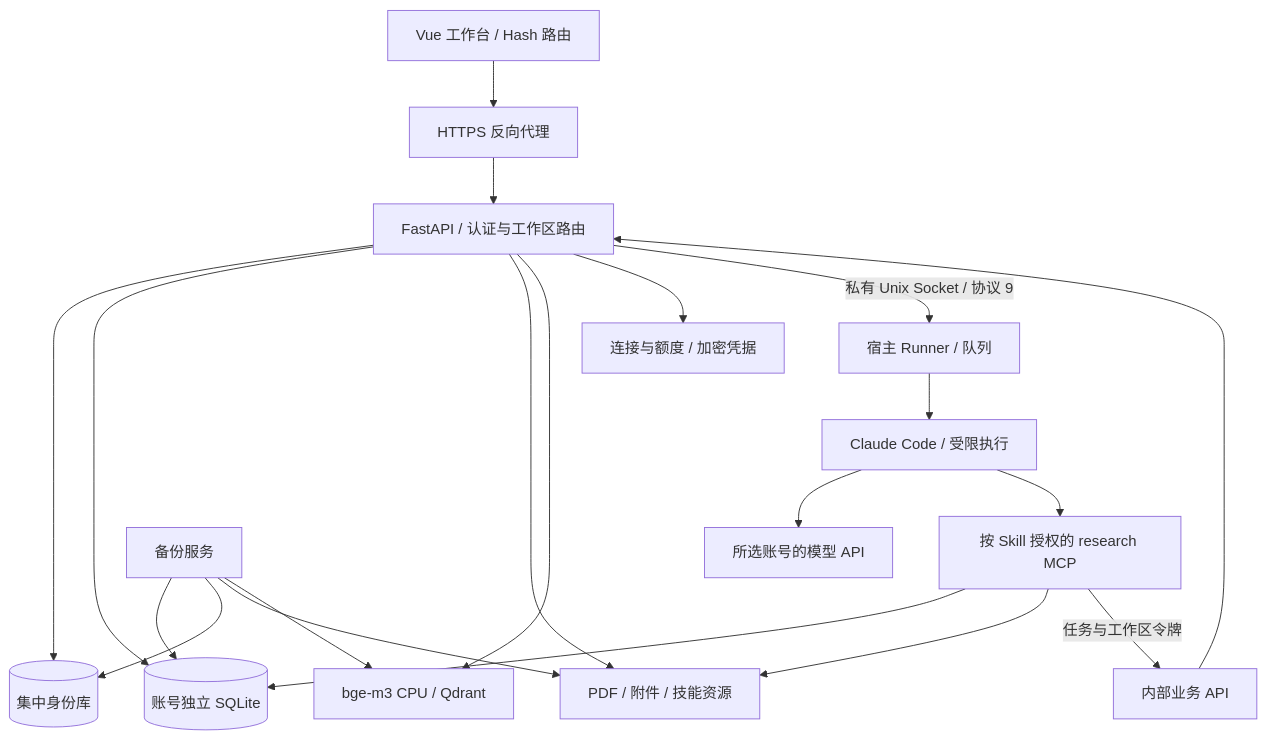
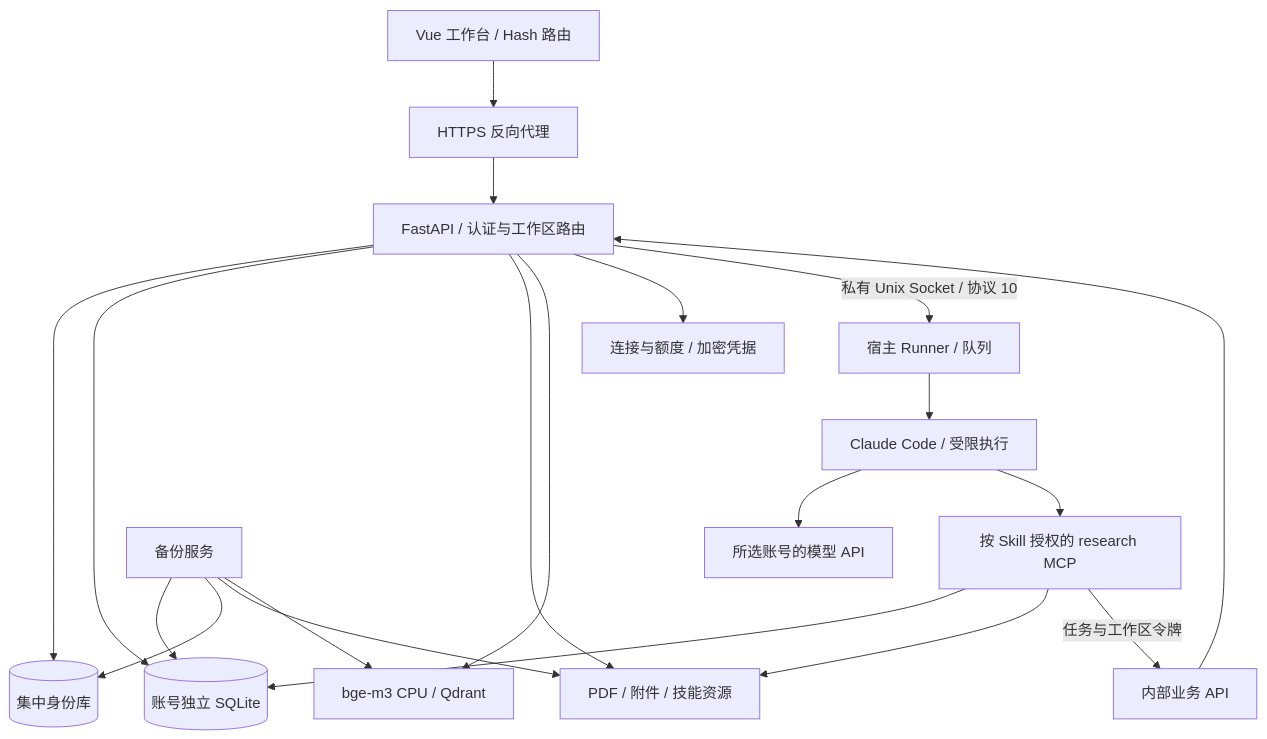
The first of 2 diagrams in docs/架构.md (FallrainKing/Firework), drawn with Mermaid before and after one commit. The commit also changed other lines of this file and 16 other files, not shown here.

````diff
--- a/docs/架构.md
+++ b/docs/架构.md
@@ -18,22 +18,22 @@
 ```mermaid
 flowchart TD
     Browser[Vue 工作台 / Hash 路由] --> HTTPS[HTTPS 反向代理]
     HTTPS --> API[FastAPI / 认证与工作区路由]
     API --> Identity[(集中身份库)]
     API --> DB[(账号独立 SQLite)]
     API --> Files[PDF / 附件 / 技能资源]
     API --> RAG[bge-m3 CPU / Qdrant]
     API --> Config[连接与额度 / 加密凭据]
-    API -->|私有 Unix Socket / 协议 9| Runner[宿主 Runner / 队列]
+    API -->|私有 Unix Socket / 协议 10| Runner[宿主 Runner / 队列]
     Runner --> CLI[Claude Code / 受限执行]
     CLI --> Provider[所选账号的模型 API]
     CLI --> MCP[按 Skill 授权的 research MCP]
     MCP --> DB
     MCP --> Files
     MCP -->|任务与工作区令牌| Internal[内部业务 API]
     Internal --> API
     Backup[备份服务] --> DB
     Backup --> Identity
     Backup --> Files
     Backup --> RAG
 ```
````
